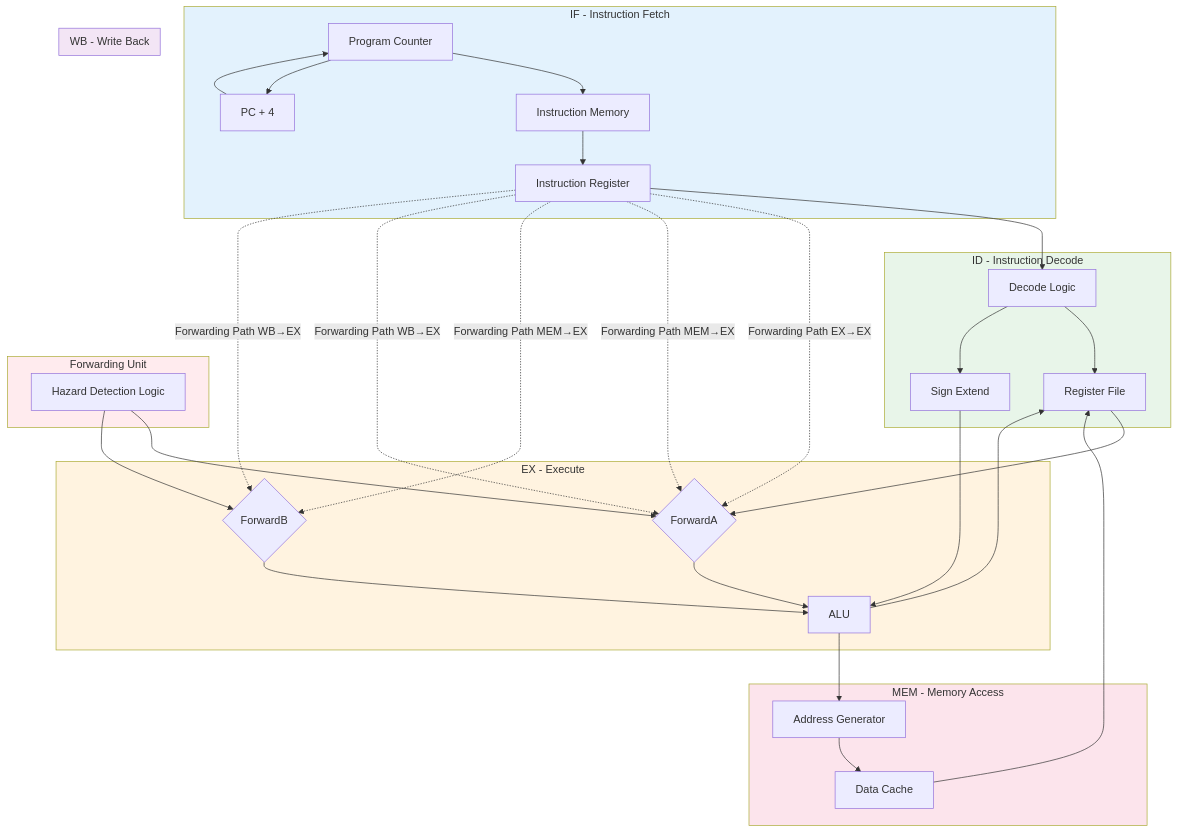
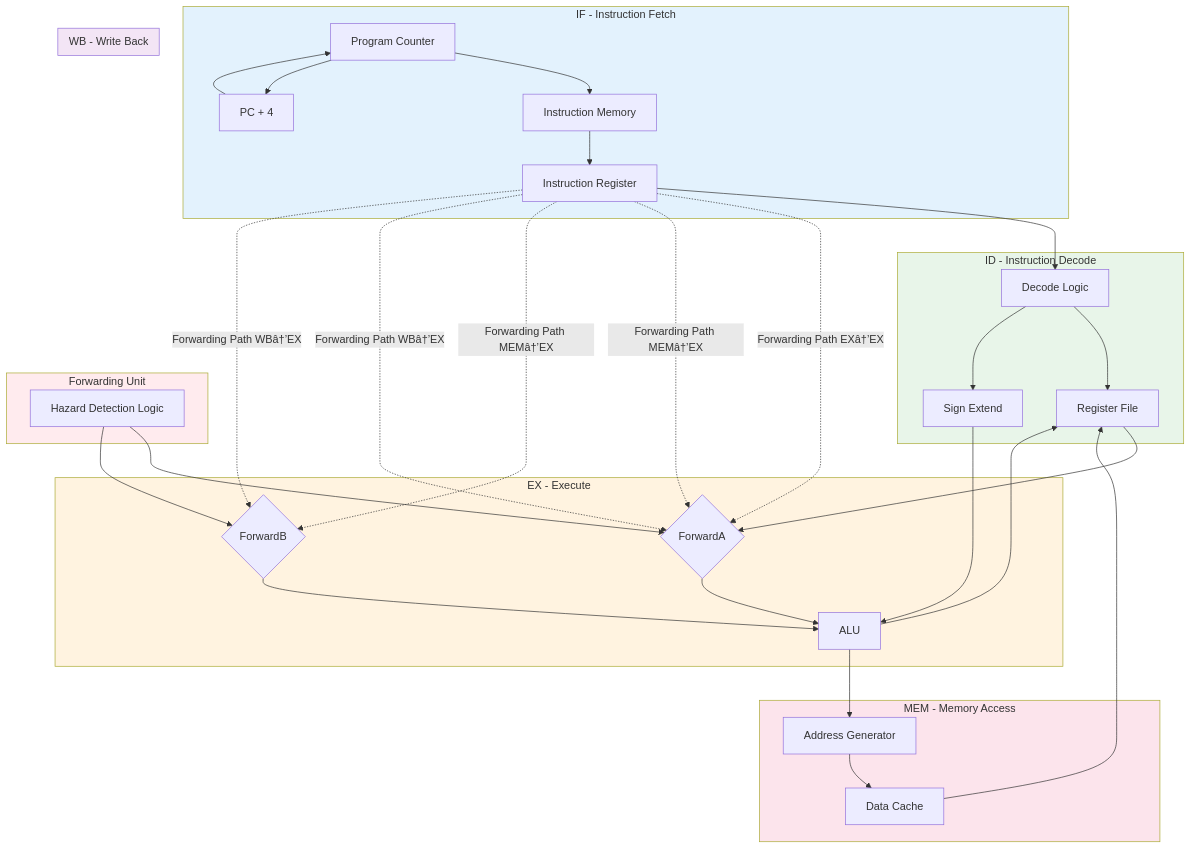
One commit to Raushan666java/ai-engineering-journey changed the fifth of 8 diagrams in docs/courses/computer-architecture/04-pipelining-hazards.md. Above: the diagram before and after it, drawn with Mermaid. The commit also changed other lines of this file and 735 other files, not shown here.

````diff
--- a/docs/courses/computer-architecture/04-pipelining-hazards.md
+++ b/docs/courses/computer-architecture/04-pipelining-hazards.md
@@ -1099,46 +1099,46 @@
 ```mermaid
 flowchart TD
     subgraph IF[IF - Instruction Fetch]
         PC[Program Counter] --> IMEM[Instruction Memory]
         IMEM --> IR[Instruction Register]
         PC --> ADDER[PC + 4]
         ADDER --> PC
     end
     subgraph ID[ID - Instruction Decode]
         IR --> DEC[Decode Logic]
         DEC --> REG[Register File]
         DEC --> SIGN[Sign Extend]
     end
     subgraph EX[EX - Execute]
         ALU[ALU]
         REG --> MUXA{ForwardA}
         SIGN --> ALU
         MUXA --> ALU
         MUXB{ForwardB} --> ALU
     end
     subgraph MEM[MEM - Memory Access]
         ALU --> ADDR[Address Generator]
         ADDR --> DCACHE[Data Cache]
     end
     subgraph WB[WB - Write Back]
         DCACHE --> REG
         ALU --> REG
     end
     subgraph FWD[Forwarding Unit]
         FU[Hazard Detection Logic]
         FU --> MUXA
         FU --> MUXB
     end
-    IR -.->|Forwarding Path EX→EX| MUXA
-    IR -.->|Forwarding Path MEM→EX| MUXA
-    IR -.->|Forwarding Path MEM→EX| MUXB
-    IR -.->|Forwarding Path WB→EX| MUXA
-    IR -.->|Forwarding Path WB→EX| MUXB
+    IR -.->|Forwarding Path EXâ†’EX| MUXA
+    IR -.->|Forwarding Path MEMâ†’EX| MUXA
+    IR -.->|Forwarding Path MEMâ†’EX| MUXB
+    IR -.->|Forwarding Path WBâ†’EX| MUXA
+    IR -.->|Forwarding Path WBâ†’EX| MUXB
     
     style IF fill:#e3f2fd
     style ID fill:#e8f5e9
     style EX fill:#fff3e0
     style MEM fill:#fce4ec
     style WB fill:#f3e5f5
     style FWD fill:#ffebee
 ```
````
